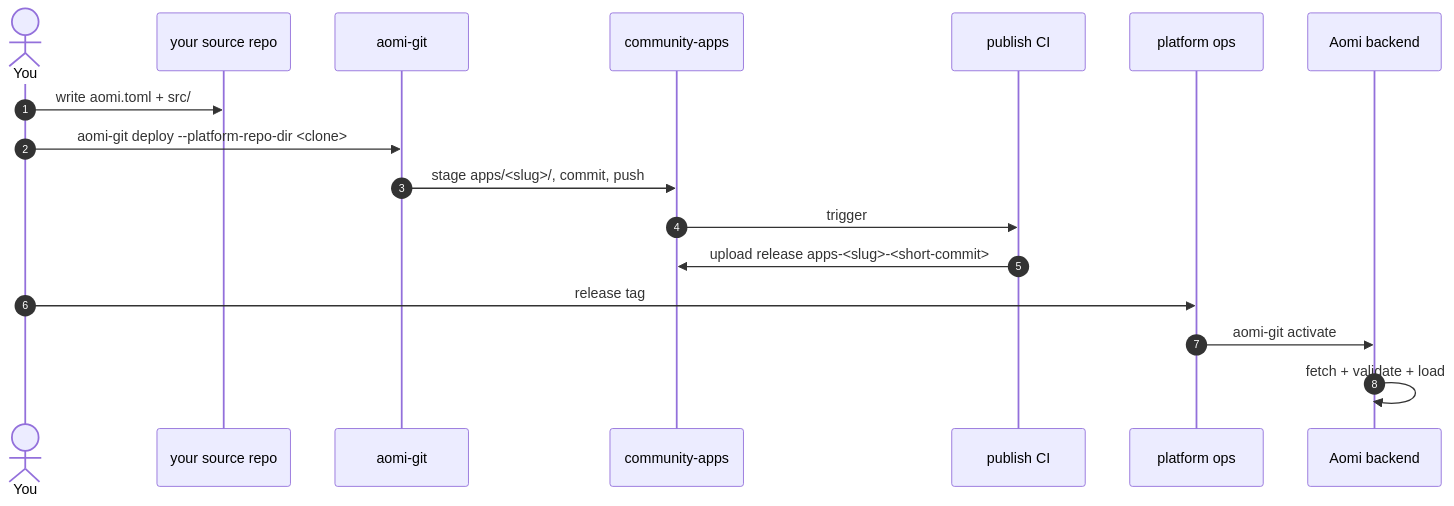
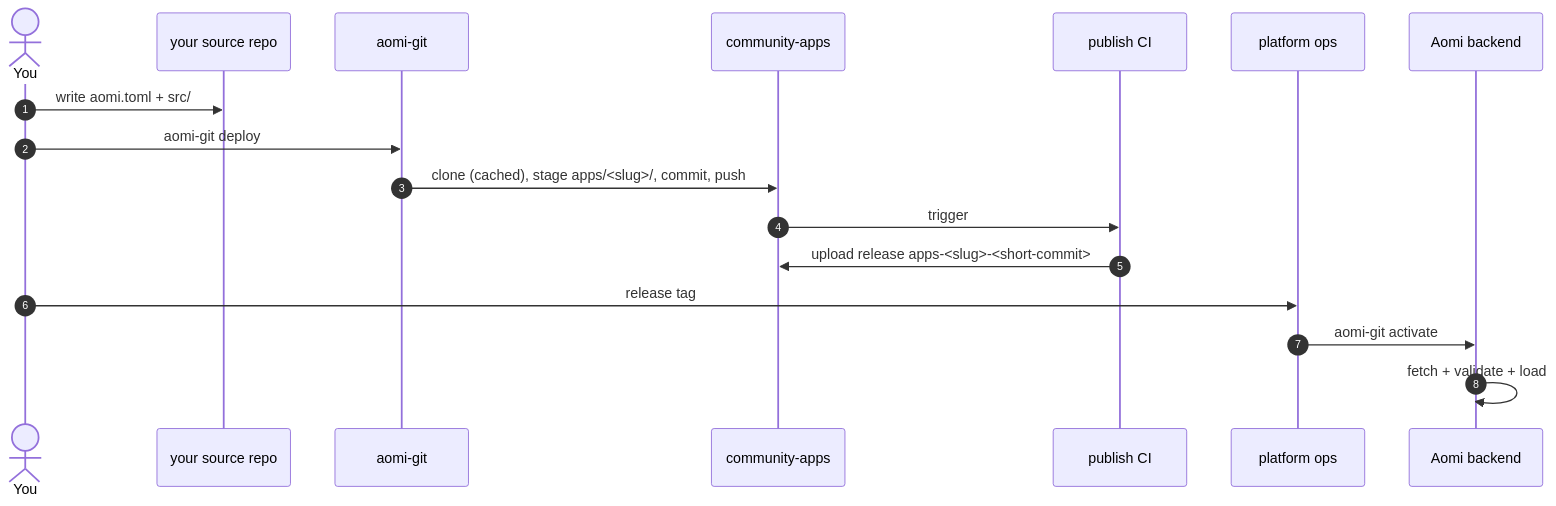
The diagram in CONTRIBUTING.md (aomi-labs/community-apps), drawn with Mermaid before and after one commit. The commit also changed other lines of this file and 1 other file, not shown here.

First line of the commit message:
docs: update for unified aomi-git CLI surface + transit cache

````diff
--- a/CONTRIBUTING.md
+++ b/CONTRIBUTING.md
@@ -10,20 +10,20 @@
 ```mermaid
 sequenceDiagram
     autonumber
     actor You
     participant Src as your source repo
     participant CLI as aomi-git
     participant Repo as community-apps
     participant CI as publish CI
     participant Ops as platform ops
     participant BE as Aomi backend
 
     You->>Src: write aomi.toml + src/
-    You->>CLI: aomi-git deploy --platform-repo-dir <clone>
-    CLI->>Repo: stage apps/<slug>/, commit, push
+    You->>CLI: aomi-git deploy
+    CLI->>Repo: clone (cached), stage apps/<slug>/, commit, push
     Repo->>CI: trigger
     CI->>Repo: upload release apps-<slug>-<short-commit>
     You->>Ops: release tag
     Ops->>BE: aomi-git activate
     BE->>BE: fetch + validate + load
 ```
````
